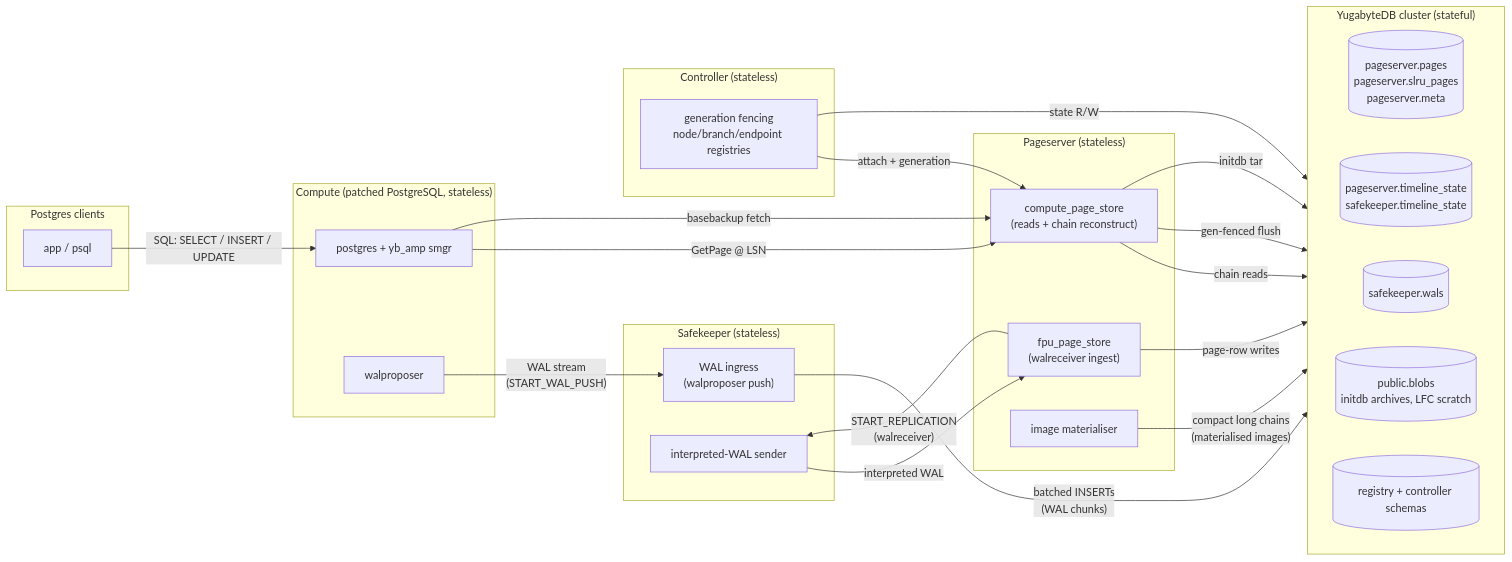
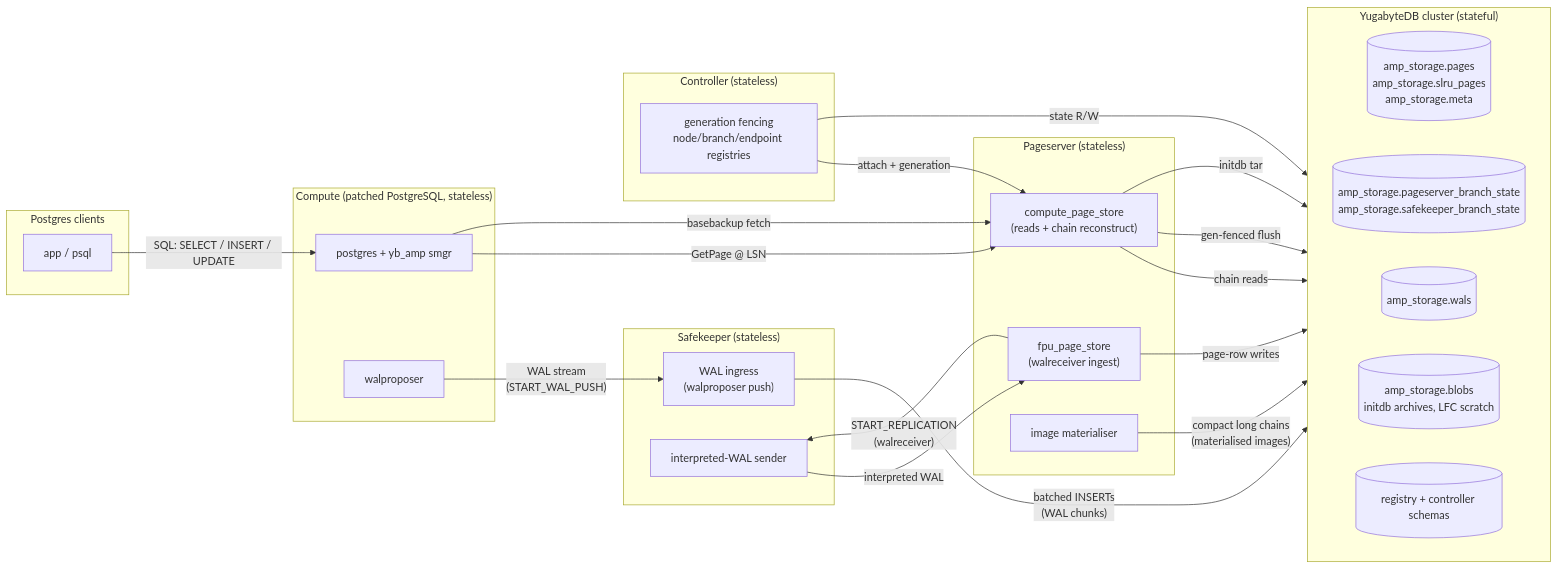
Before and after one commit to yugabyte/meko: the diagram in compute/architecture/high-level.md, drawn with Mermaid. The commit also changed other lines of this file and 97 other files, not shown here.

First line of the commit message:
compute: rename the storage schemas to amp_storage / amp_registry (#416)

````diff
--- a/compute/architecture/high-level.md
+++ b/compute/architecture/high-level.md
@@ -12,50 +12,50 @@
 ```mermaid
 flowchart LR
     subgraph clients["Postgres clients"]
         app["app / psql"]
     end
 
     subgraph compute["Compute (patched PostgreSQL, stateless)"]
         pg["postgres + yb_amp smgr"]
         wp["walproposer"]
     end
 
     subgraph sk["Safekeeper (stateless)"]
         skp["WAL ingress<br/>(walproposer push)"]
         sks["interpreted-WAL sender"]
     end
 
     subgraph ps["Pageserver (stateless)"]
         cps["compute_page_store<br/>(reads + chain reconstruct)"]
         fps["fpu_page_store<br/>(walreceiver ingest)"]
         mat["image materialiser"]
     end
 
     subgraph sc["Controller (stateless)"]
         sct["generation fencing<br/>node/branch/endpoint registries"]
     end
 
     subgraph yb["YugabyteDB cluster (stateful)"]
         direction LR
-        tblPages[("pageserver.pages<br/>pageserver.slru_pages<br/>pageserver.meta")]
-        tblState[("pageserver.timeline_state<br/>safekeeper.timeline_state")]
-        tblWal[("safekeeper.wals")]
-        tblBlob[("public.blobs<br/>initdb archives, LFC scratch")]
+        tblPages[("amp_storage.pages<br/>amp_storage.slru_pages<br/>amp_storage.meta")]
+        tblState[("amp_storage.pageserver_branch_state<br/>amp_storage.safekeeper_branch_state")]
+        tblWal[("amp_storage.wals")]
+        tblBlob[("amp_storage.blobs<br/>initdb archives, LFC scratch")]
         tblSc[("registry + controller schemas")]
     end
 
     app -- "SQL: SELECT / INSERT / UPDATE" --> pg
     pg -- "GetPage @ LSN" --> cps
     wp -- "WAL stream<br/>(START_WAL_PUSH)" --> skp
     skp -- "batched INSERTs<br/>(WAL chunks)" --> tblWal
     fps -- "START_REPLICATION<br/>(walreceiver)" --> sks
     sks -- "interpreted WAL" --> fps
     cps -- "chain reads" --> tblPages
     fps -- "page-row writes" --> tblPages
     mat -- "compact long chains<br/>(materialised images)" --> tblPages
     cps -- "gen-fenced flush" --> tblState
     sct -- "attach + generation" --> cps
     sct -- "state R/W" --> tblSc
     cps -- "initdb tar" --> tblBlob
     pg -- "basebackup fetch" --> cps
 ```
````
